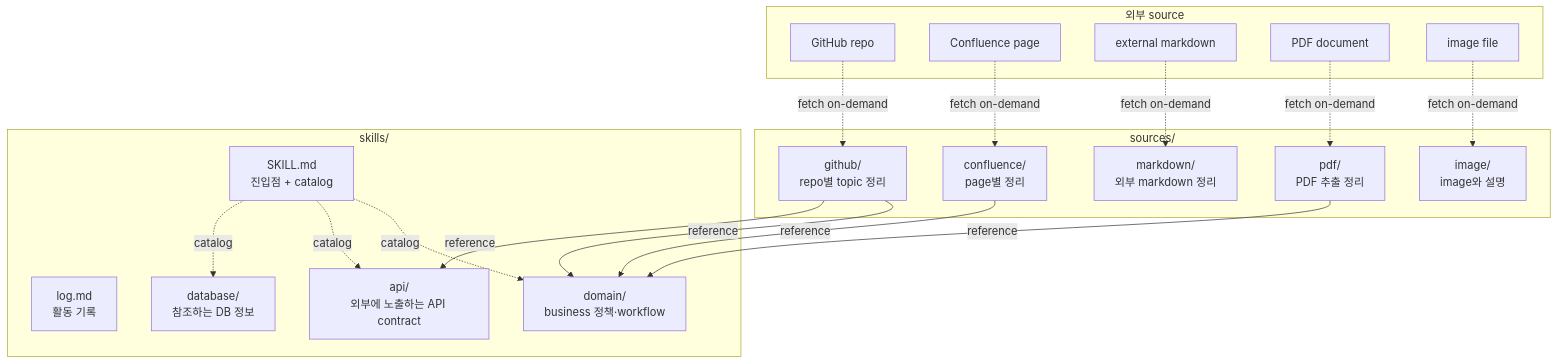
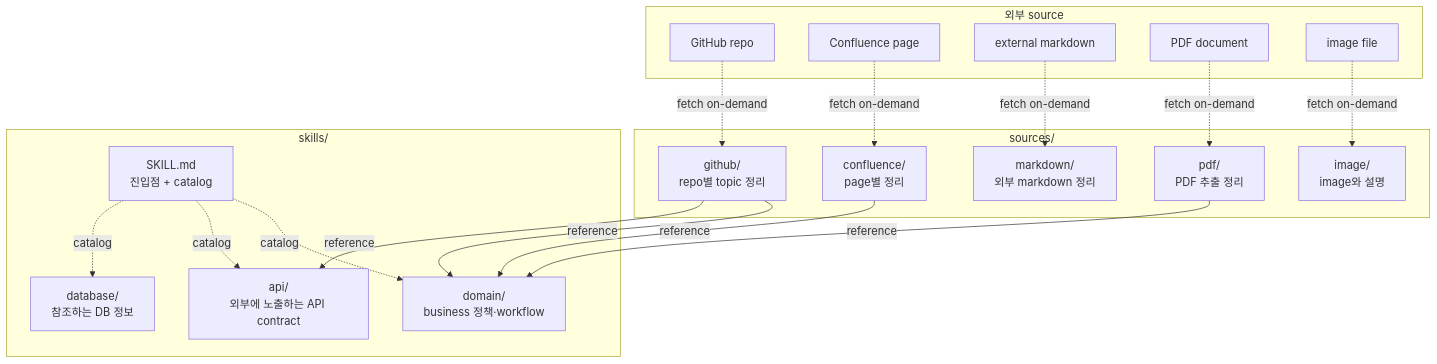
The second of 4 diagrams in collections/_notes/ai/llm-wiki/as-skill.md (choesimin/choesimin.github.io), drawn with Mermaid before and after one commit. The commit also changed other lines of this file, not shown here.

````diff
--- a/collections/_notes/ai/llm-wiki/as-skill.md
+++ b/collections/_notes/ai/llm-wiki/as-skill.md
@@ -128,41 +128,40 @@
 ```mermaid
 graph TB
     subgraph external["외부 source"]
         ext_repo[GitHub repo]
         ext_conf[Confluence page]
         ext_md[external markdown]
         ext_pdf[PDF document]
         ext_img[image file]
     end
 
     subgraph sources_layer["sources/"]
         src_github["github/<br>repo별 topic 정리"]
         src_conf["confluence/<br>page별 정리"]
         src_md["markdown/<br>외부 markdown 정리"]
         src_pdf["pdf/<br>PDF 추출 정리"]
         src_img["image/<br>image와 설명"]
     end
 
     subgraph skills_layer["skills/"]
         skill_md[SKILL.md<br>진입점 + catalog]
-        skill_log[log.md<br>활동 기록]
         skill_domain["domain/<br>business 정책·workflow"]
         skill_api["api/<br>외부에 노출하는 API contract"]
         skill_db["database/<br>참조하는 DB 정보"]
     end
 
     ext_repo -.fetch on-demand.-> src_github
     ext_conf -.fetch on-demand.-> src_conf
     ext_md -.fetch on-demand.-> src_md
     ext_pdf -.fetch on-demand.-> src_pdf
     ext_img -.fetch on-demand.-> src_img
 
     src_github -->|reference| skill_domain
     src_conf -->|reference| skill_domain
     src_github -->|reference| skill_api
     src_pdf -->|reference| skill_domain
 
     skill_md -.catalog.-> skill_domain
     skill_md -.catalog.-> skill_api
     skill_md -.catalog.-> skill_db
 ```
````
